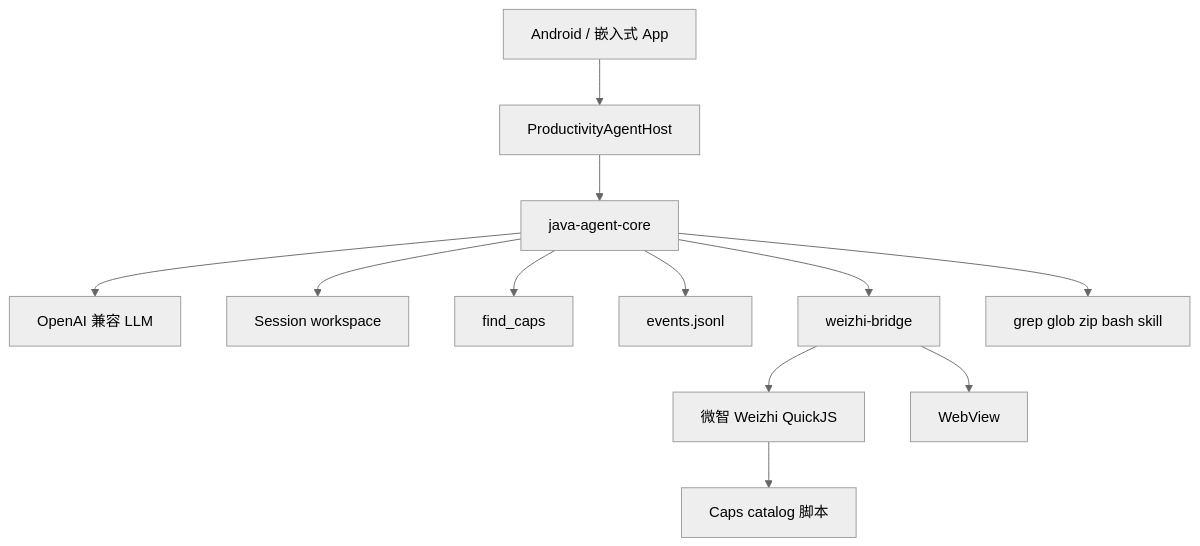
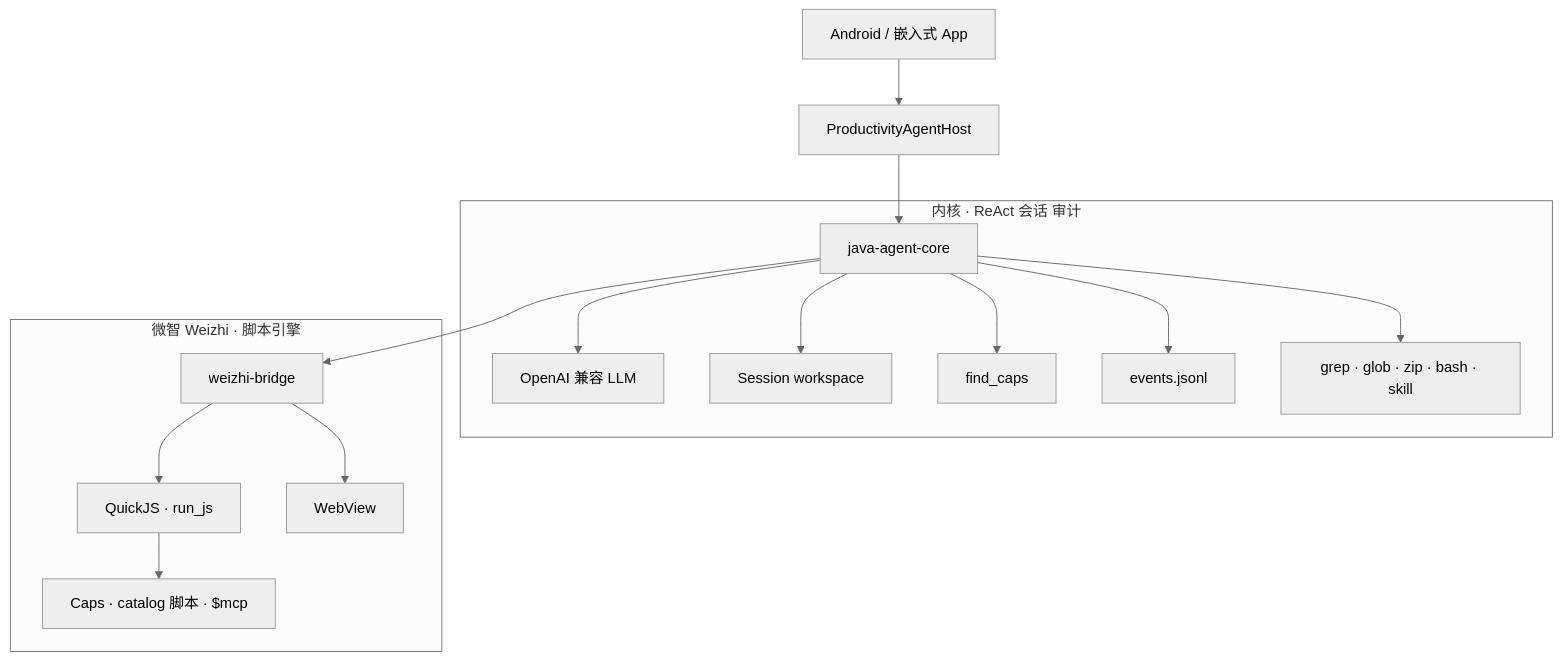
The diagram in README.md (fengshihao/agent1), drawn with Mermaid (neutral theme) before and after one commit. The commit also changed other lines of this file and 1 other file, not shown here.

First line of the commit message:
docs: 修复主页图标非法 XML 并重排 README 版式

````diff
--- a/README.md
+++ b/README.md
@@ -187,15 +93,20 @@
 ```mermaid
 flowchart TB
-  Host[Android / 嵌入式 App]
-  Host --> Gateway[ProductivityAgentHost]
+  Host[Android / 嵌入式 App] --> Gateway[ProductivityAgentHost]
   Gateway --> Core[java-agent-core]
-  Core --> LLM[OpenAI 兼容 LLM]
-  Core --> WS[Session workspace]
-  Core --> Search[find_caps]
-  Core --> Audit[events.jsonl]
+
+  subgraph kernel["内核 · ReAct 会话 审计"]
+    Core --> LLM[OpenAI 兼容 LLM]
+    Core --> WS[Session workspace]
+    Core --> Search[find_caps]
+    Core --> Audit[events.jsonl]
+    Core --> JavaTools["grep · glob · zip · bash · skill"]
+  end
+
   Core --> Bridge[weizhi-bridge]
-  Bridge --> WZ[微智 Weizhi QuickJS]
-  Core --> JavaTools[grep glob zip bash skill]
-  WZ --> Cap[Caps catalog 脚本]
-  Bridge --> WV[WebView]
+  subgraph weizhi["微智 Weizhi · 脚本引擎"]
+    Bridge --> WZ[QuickJS · run_js]
+    WZ --> Cap["Caps · catalog 脚本 · $mcp"]
+    Bridge --> WV[WebView]
+  end
 ```
````
